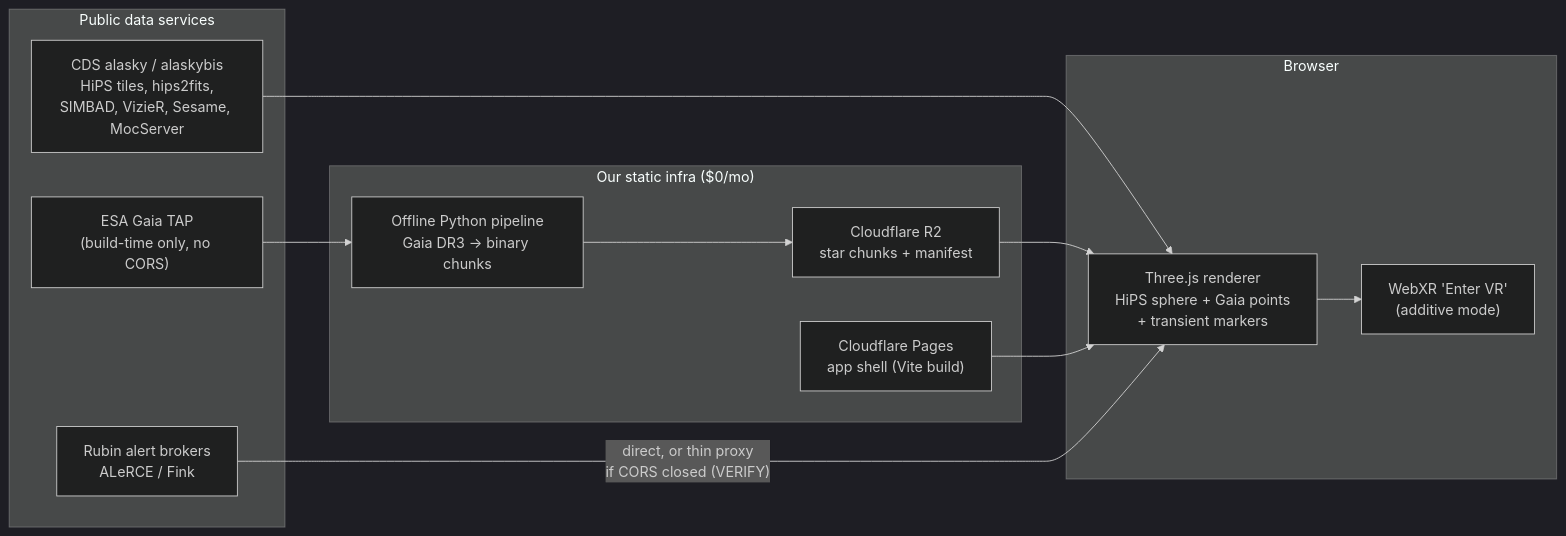
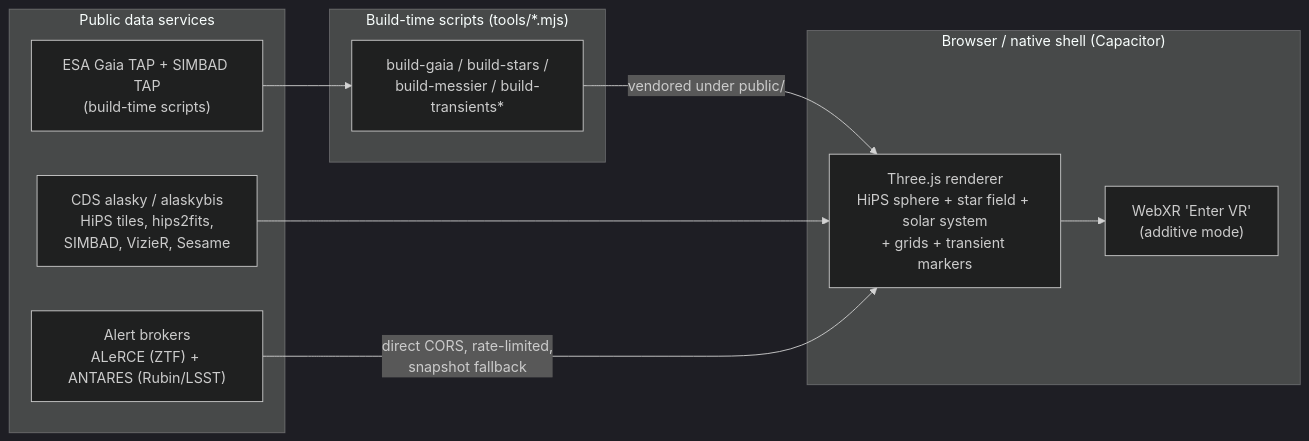
The diagram in README.md (kunalb541/Brahmaand), drawn with Mermaid (dark theme) before and after one commit. The commit also changed other lines of this file and 12 other files, not shown here.

First line of the commit message:
Docs sweep to current state + graphify codebase map + dev-process instructions

````diff
--- a/README.md
+++ b/README.md
@@ -105,23 +183,19 @@
 ```mermaid
 flowchart LR
   subgraph services["Public data services"]
-    CDS["CDS alasky / alaskybis<br/>HiPS tiles, hips2fits,<br/>SIMBAD, VizieR, Sesame, MocServer"]
-    ESA["ESA Gaia TAP<br/>(build-time only, no CORS)"]
-    BROKERS["Rubin alert brokers<br/>ALeRCE / Fink"]
+    CDS["CDS alasky / alaskybis<br/>HiPS tiles, hips2fits,<br/>SIMBAD, VizieR, Sesame"]
+    ESA["ESA Gaia TAP + SIMBAD TAP<br/>(build-time scripts)"]
+    BROKERS["Alert brokers<br/>ALeRCE (ZTF) + ANTARES (Rubin/LSST)"]
   end
-  subgraph infra["Our static infra ($0/mo)"]
-    PIPE["Offline Python pipeline<br/>Gaia DR3 → binary chunks"]
-    R2["Cloudflare R2<br/>star chunks + manifest"]
-    PAGES["Cloudflare Pages<br/>app shell (Vite build)"]
+  subgraph build["Build-time scripts (tools/*.mjs)"]
+    PIPE["build-gaia / build-stars /<br/>build-messier / build-transients*"]
   end
-  subgraph browser["Browser"]
-    APP["Three.js renderer<br/>HiPS sphere + Gaia points<br/>+ transient markers"]
+  subgraph browser["Browser / native shell (Capacitor)"]
+    APP["Three.js renderer<br/>HiPS sphere + star field + solar system<br/>+ grids + transient markers"]
     XR["WebXR 'Enter VR'<br/>(additive mode)"]
   end
-  ESA --> PIPE --> R2
-  R2 --> APP
+  ESA --> PIPE -->|"vendored under public/"| APP
   CDS --> APP
-  BROKERS -->|"direct, or thin proxy<br/>if CORS closed (VERIFY)"| APP
-  PAGES --> APP
+  BROKERS -->|"direct CORS, rate-limited,<br/>snapshot fallback"| APP
   APP --> XR
 ```
````
